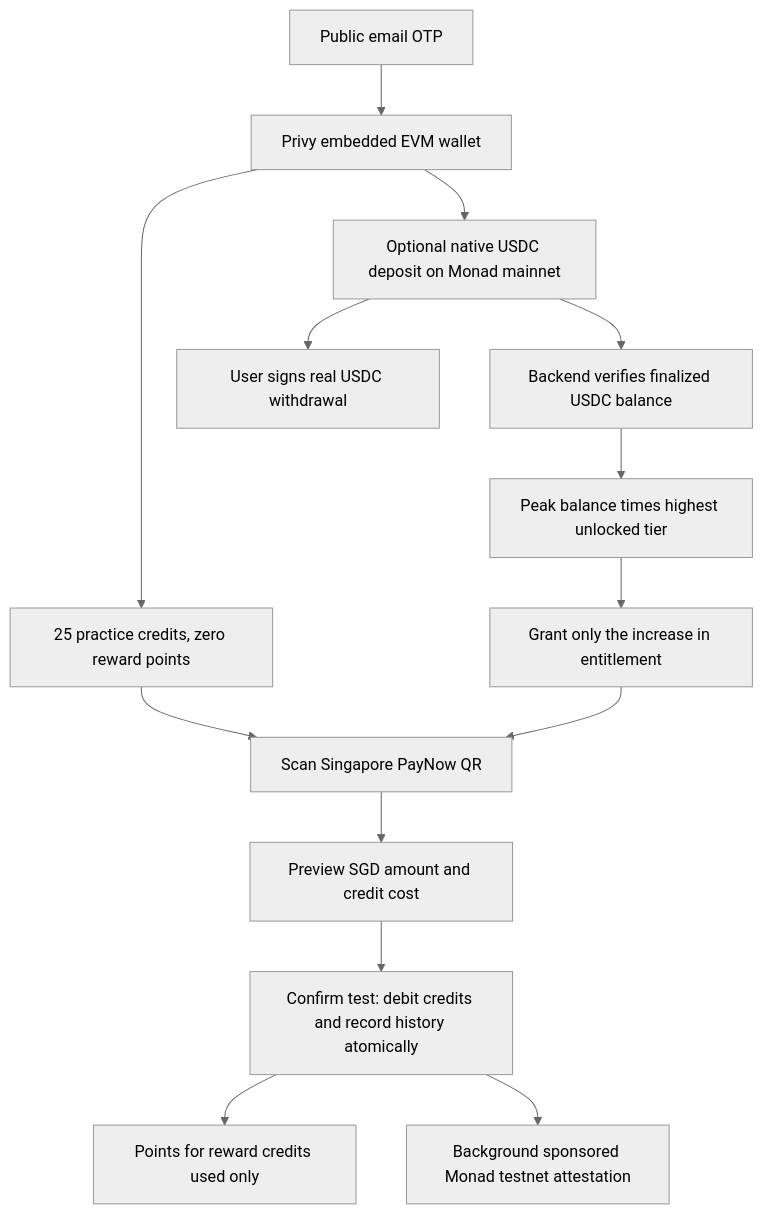
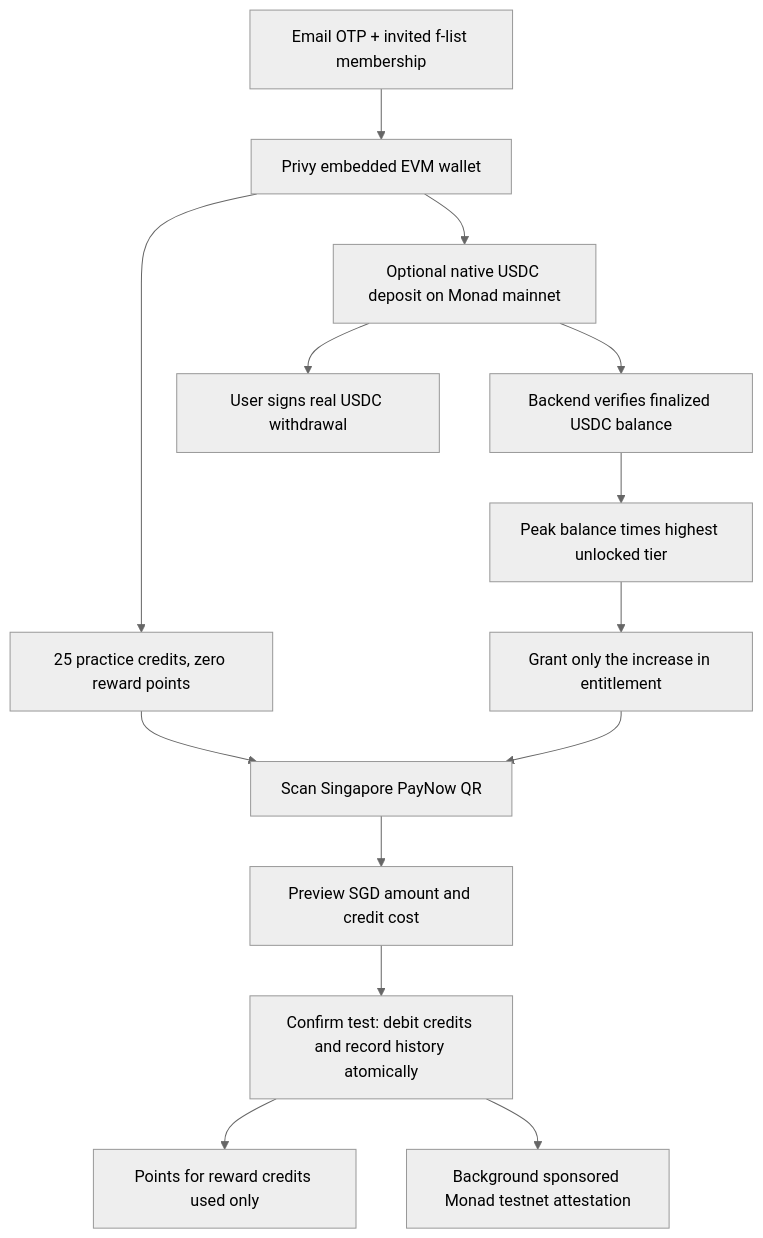
Before and after one commit to unabrijed/frenspay: the diagram in monorepo/docs/24-monad-prelaunch.md, drawn with Mermaid (neutral theme). The commit also changed other lines of this file and 115 other files, not shown here.

````diff
--- a/monorepo/docs/24-monad-prelaunch.md
+++ b/monorepo/docs/24-monad-prelaunch.md
@@ -24,16 +29,16 @@
 ```mermaid
 flowchart TD
-  A[Public email OTP] --> B[Privy embedded EVM wallet]
+  A[Email OTP + invited f-list membership] --> B[Privy embedded EVM wallet]
   B --> C[25 practice credits, zero reward points]
   B --> D[Optional native USDC deposit on Monad mainnet]
   D --> E[Backend verifies finalized USDC balance]
   E --> F[Peak balance times highest unlocked tier]
   F --> G[Grant only the increase in entitlement]
   C --> H[Scan Singapore PayNow QR]
   G --> H
   H --> I[Preview SGD amount and credit cost]
   I --> J[Confirm test: debit credits and record history atomically]
   J --> K[Points for reward credits used only]
   J --> L[Background sponsored Monad testnet attestation]
   D --> M[User signs real USDC withdrawal]
 ```
````
